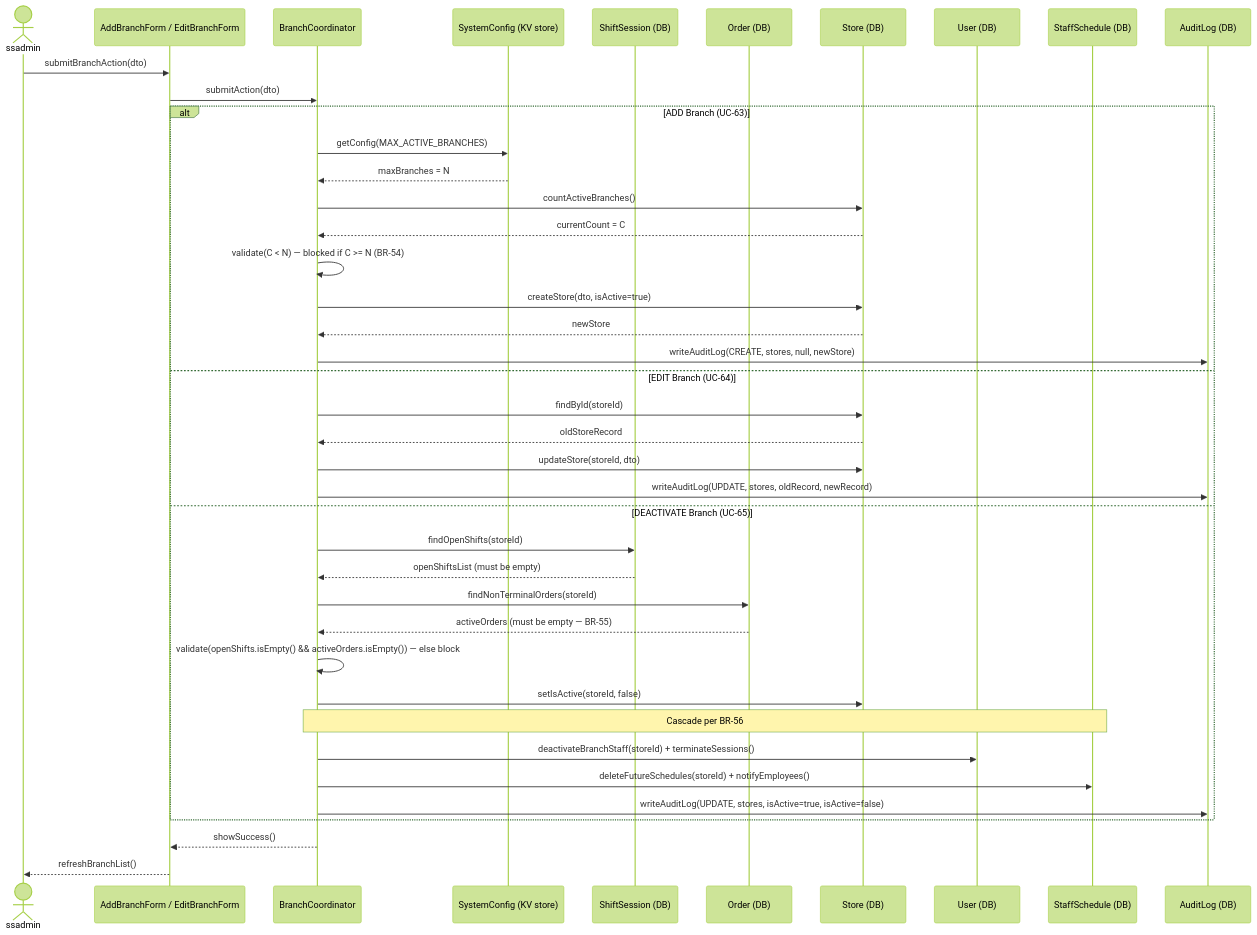
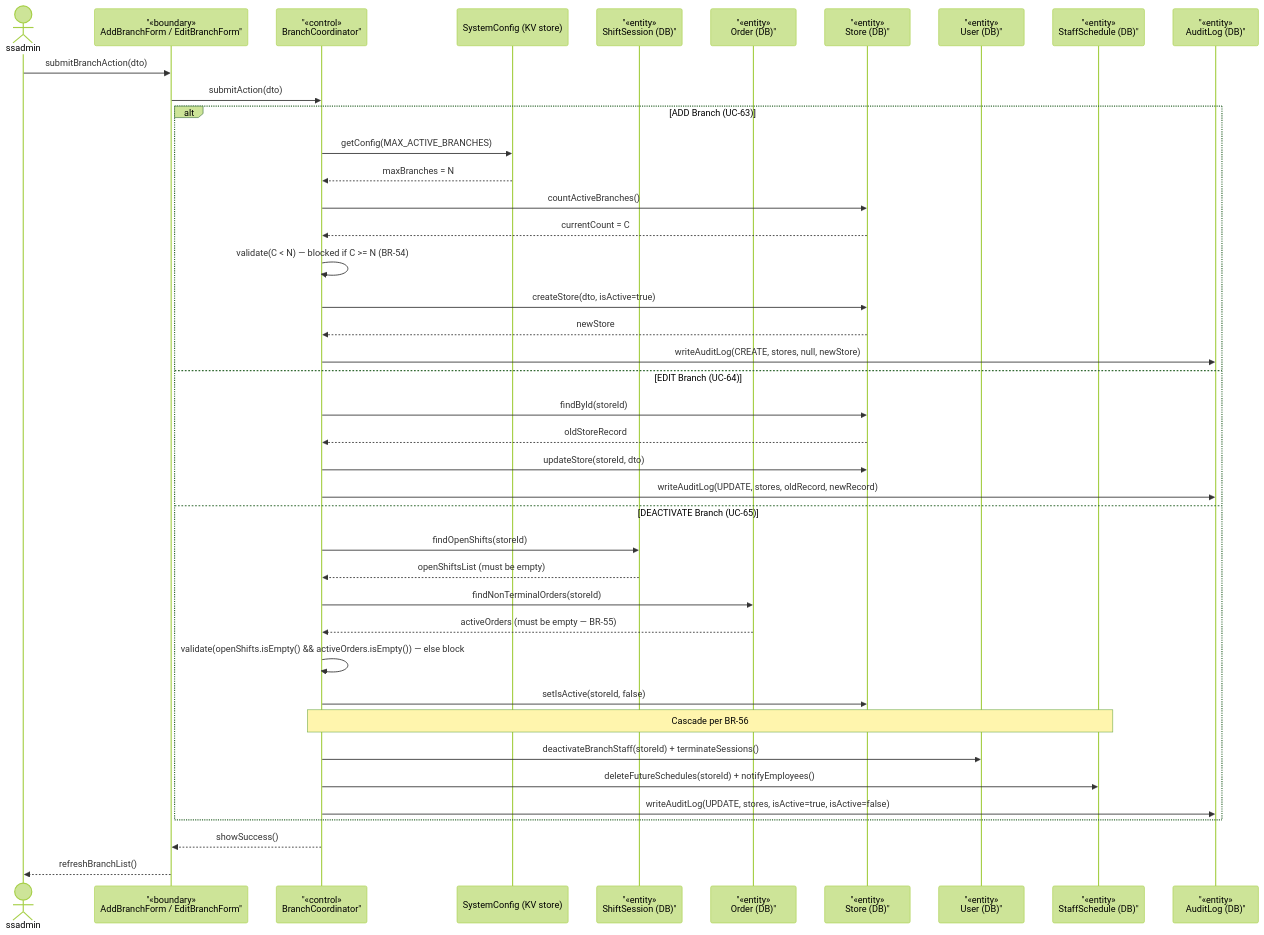
Before and after one commit to Shaichi/Khoga_coffe_shop: the third of 3 diagrams in rds_sections/14_detailed_3_11_config_branch.md, drawn with Mermaid (forest theme). The commit also changed other lines of this file and 13 other files, not shown here.

Commit message:
docs(rds): Update User entity fields and change Decimal to BigDecimal

````diff
--- a/rds_sections/14_detailed_3_11_config_branch.md
+++ b/rds_sections/14_detailed_3_11_config_branch.md
@@ -125,46 +125,46 @@
 ```mermaid
 sequenceDiagram
     actor ssadmin
-    participant BranchForm as AddBranchForm / EditBranchForm
-    participant BranchCoord as BranchCoordinator
+participant BranchForm as "«boundary»<br/>AddBranchForm / EditBranchForm"
+participant BranchCoord as "«control»<br/>BranchCoordinator"
     participant ConfigDB as SystemConfig (KV store)
-    participant ShiftDB as ShiftSession (DB)
-    participant OrderDB as Order (DB)
-    participant StoreDB as Store (DB)
-    participant UserDB as User (DB)
-    participant ScheduleDB as StaffSchedule (DB)
-    participant AuditDB as AuditLog (DB)
+participant ShiftDB as "«entity»<br/>ShiftSession (DB)"
+participant OrderDB as "«entity»<br/>Order (DB)"
+participant StoreDB as "«entity»<br/>Store (DB)"
+participant UserDB as "«entity»<br/>User (DB)"
+participant ScheduleDB as "«entity»<br/>StaffSchedule (DB)"
+participant AuditDB as "«entity»<br/>AuditLog (DB)"
 
     ssadmin->>BranchForm: submitBranchAction(dto)
     BranchForm->>BranchCoord: submitAction(dto)
 
     alt ADD Branch (UC-63)
         BranchCoord->>ConfigDB: getConfig(MAX_ACTIVE_BRANCHES)
         ConfigDB-->>BranchCoord: maxBranches = N
         BranchCoord->>StoreDB: countActiveBranches()
         StoreDB-->>BranchCoord: currentCount = C
         BranchCoord->>BranchCoord: validate(C < N) — blocked if C >= N (BR-54)
         BranchCoord->>StoreDB: createStore(dto, isActive=true)
         StoreDB-->>BranchCoord: newStore
         BranchCoord->>AuditDB: writeAuditLog(CREATE, stores, null, newStore)
     else EDIT Branch (UC-64)
         BranchCoord->>StoreDB: findById(storeId)
         StoreDB-->>BranchCoord: oldStoreRecord
         BranchCoord->>StoreDB: updateStore(storeId, dto)
         BranchCoord->>AuditDB: writeAuditLog(UPDATE, stores, oldRecord, newRecord)
     else DEACTIVATE Branch (UC-65)
         BranchCoord->>ShiftDB: findOpenShifts(storeId)
         ShiftDB-->>BranchCoord: openShiftsList (must be empty)
         BranchCoord->>OrderDB: findNonTerminalOrders(storeId)
         OrderDB-->>BranchCoord: activeOrders (must be empty — BR-55)
         BranchCoord->>BranchCoord: validate(openShifts.isEmpty() && activeOrders.isEmpty()) — else block
         BranchCoord->>StoreDB: setIsActive(storeId, false)
         Note over BranchCoord, ScheduleDB: Cascade per BR-56
         BranchCoord->>UserDB: deactivateBranchStaff(storeId) + terminateSessions()
         BranchCoord->>ScheduleDB: deleteFutureSchedules(storeId) + notifyEmployees()
         BranchCoord->>AuditDB: writeAuditLog(UPDATE, stores, isActive=true, isActive=false)
     end
 
     BranchCoord-->>BranchForm: showSuccess()
     BranchForm-->>ssadmin: refreshBranchList()
 ```
````
